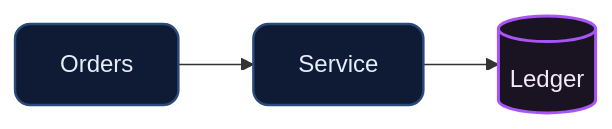
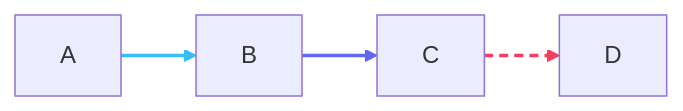
Before and after one commit to JeremyGits/RenderWOW: the fourth of 8 diagrams in README.md, drawn with Mermaid. The commit also changed other lines of this file, not shown here.

````diff
--- a/README.md
+++ b/README.md
@@ -113,7 +168,11 @@
 ```mermaid
 flowchart LR
-  classDef soft fill:#0f1b34,stroke:#2a4a7a,stroke-width:1.6px,rx:10,ry:10,color:#e6eefc;
-  classDef hot  fill:#1a1321,stroke:#a855f7,stroke-width:2px,color:#f2e9ff;
+  A --> B
+  B --> C
+  C -.-> D
 
-  A[Orders]:::soft --> B[Service]:::soft --> C[(Ledger)]:::hot
+  %% index 0 = A→B, 1 = B→C, 2 = C-.->D
+  linkStyle 0 stroke:#38bdf8,stroke-width:2.2px,color:#def3ff
+  linkStyle 1 stroke:#6366f1,stroke-width:2.2px,color:#e8eaff
+  linkStyle 2 stroke:#f43f5e,stroke-dasharray:6 4,stroke-width:2.2px,color:#ffe6eb
 ```
````
